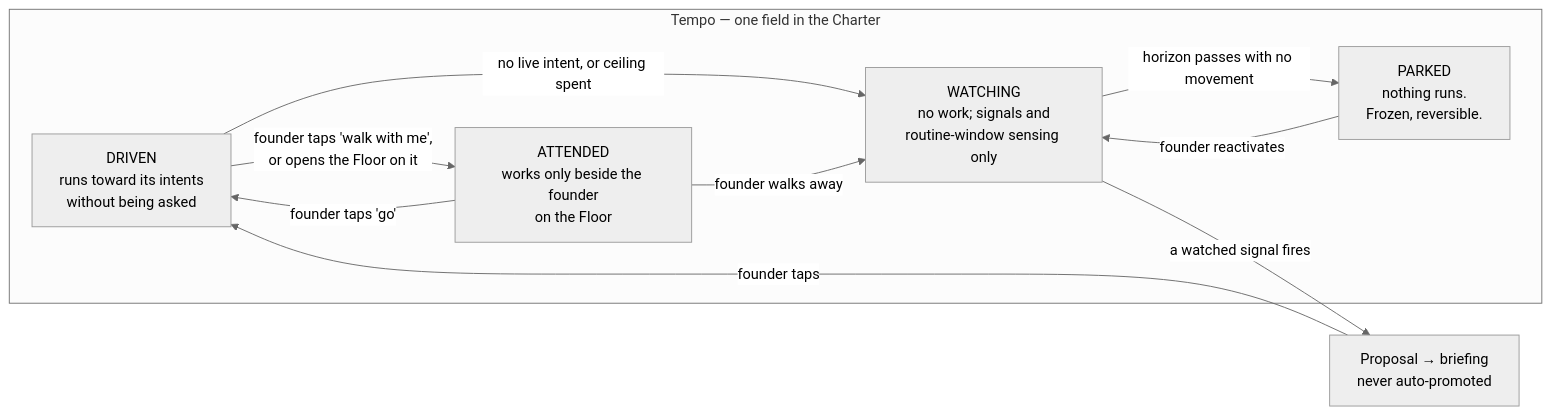
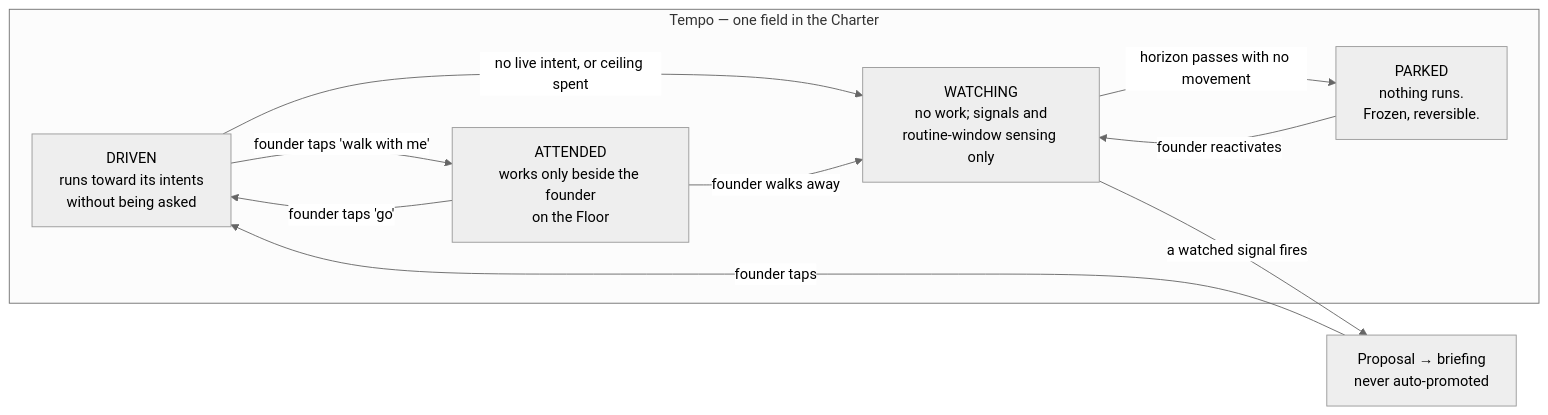
Before and after one commit to Adam077K/agentvibe: the third of 27 diagrams in docs/03-system-design/final/FINAL-PLAN.md, drawn with Mermaid (neutral theme). The commit also changed other lines of this file and 2 other files, not shown here.

````diff
--- a/docs/03-system-design/final/FINAL-PLAN.md
+++ b/docs/03-system-design/final/FINAL-PLAN.md
@@ -427,17 +429,17 @@
 ```mermaid
 flowchart LR
     subgraph MODES["Tempo — one field in the Charter"]
         D["DRIVEN<br/>runs toward its intents<br/>without being asked"]
         A["ATTENDED<br/>works only beside the founder<br/>on the Floor"]
         W["WATCHING<br/>no work; signals and<br/>routine-window sensing only"]
         P["PARKED<br/>nothing runs.<br/>Frozen, reversible."]
     end
-    D -->|"founder taps 'walk with me',<br/>or opens the Floor on it"| A
+    D -->|"founder taps 'walk with me'"| A
     A -->|"founder taps 'go'"| D
     D -->|"no live intent, or ceiling spent"| W
     W -->|"a watched signal fires"| PROP["Proposal → briefing<br/>never auto-promoted"]
     PROP -->|"founder taps"| D
     W -->|"horizon passes with no movement"| P
     P -->|"founder reactivates"| W
     A -->|"founder walks away"| W
 ```
````
